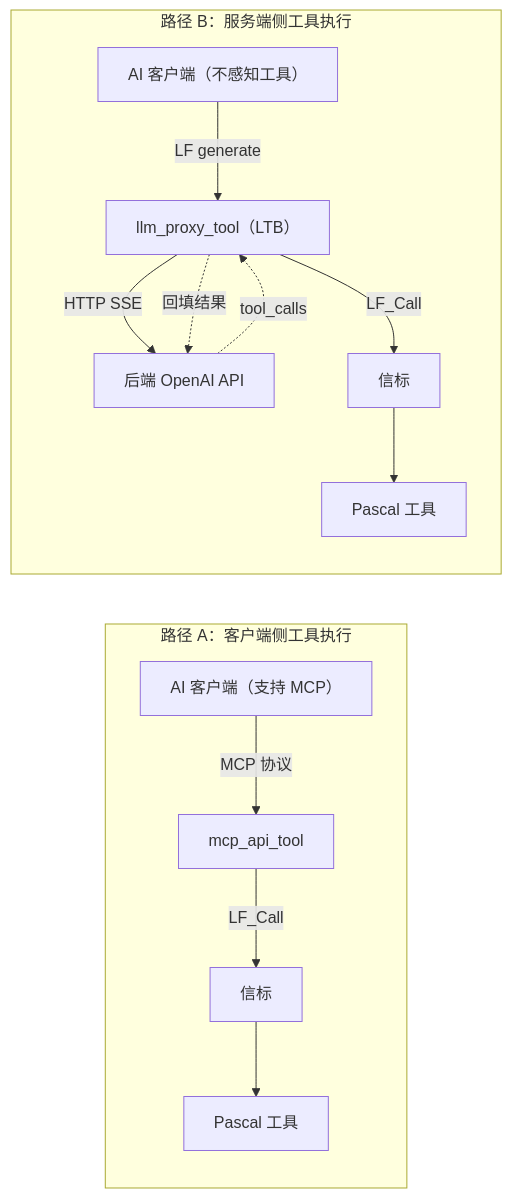
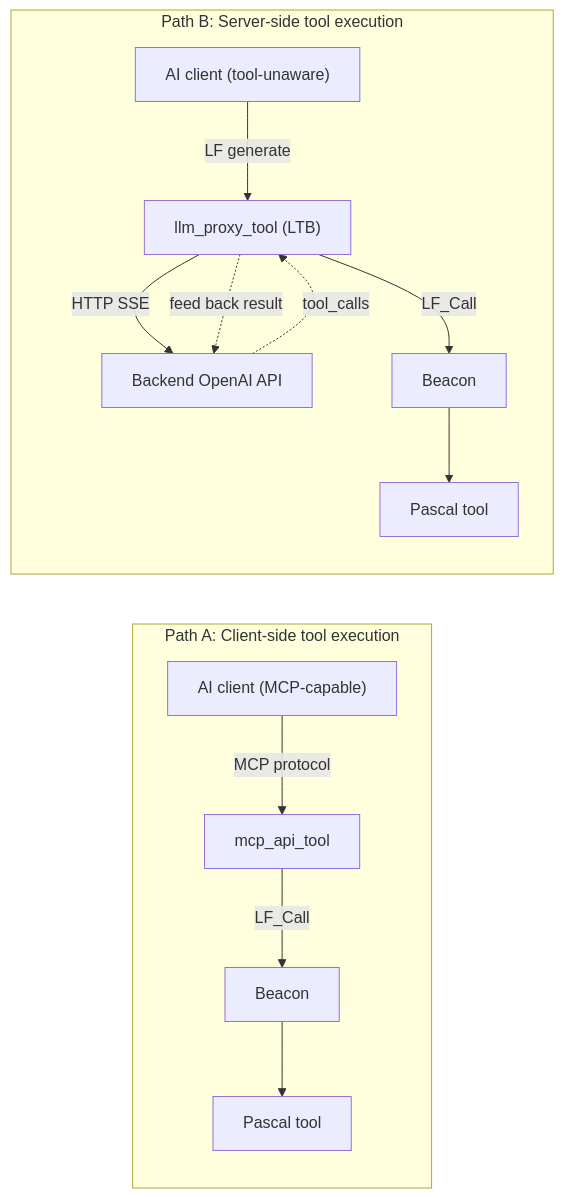
One commit to PassByYou888/LingoFuse-Tools changed the second of 15 diagrams in src/pascal_c_to_mcp/code_decl_to_mcp_knowledge_base.md. Above: the diagram before and after it, drawn with Mermaid. The commit also changed other lines of this file, not shown here.

````diff
--- a/src/pascal_c_to_mcp/code_decl_to_mcp_knowledge_base.md
+++ b/src/pascal_c_to_mcp/code_decl_to_mcp_knowledge_base.md
@@ -133,17 +133,17 @@
 ```mermaid
 flowchart LR
-    subgraph PathA["路径 A：客户端侧工具执行"]
-        A1["AI 客户端（支持 MCP）"] -->|MCP 协议| A2["mcp_api_tool"]
-        A2 -->|LF_Call| A3["信标"]
-        A3 --> A4["Pascal 工具"]
+    subgraph PathA["Path A: Client-side tool execution"]
+        A1["AI client (MCP-capable)"] -->|MCP protocol| A2["mcp_api_tool"]
+        A2 -->|LF_Call| A3["Beacon"]
+        A3 --> A4["Pascal tool"]
     end
 
-    subgraph PathB["路径 B：服务端侧工具执行"]
-        B1["AI 客户端（不感知工具）"] -->|LF generate| B2["llm_proxy_tool（LTB）"]
-        B2 -->|HTTP SSE| B3["后端 OpenAI API"]
+    subgraph PathB["Path B: Server-side tool execution"]
+        B1["AI client (tool-unaware)"] -->|LF generate| B2["llm_proxy_tool (LTB)"]
+        B2 -->|HTTP SSE| B3["Backend OpenAI API"]
         B3 -.->|tool_calls| B2
-        B2 -->|LF_Call| B4["信标"]
-        B4 --> B5["Pascal 工具"]
-        B2 -.->|回填结果| B3
+        B2 -->|LF_Call| B4["Beacon"]
+        B4 --> B5["Pascal tool"]
+        B2 -.->|feed back result| B3
     end
 ```
````
